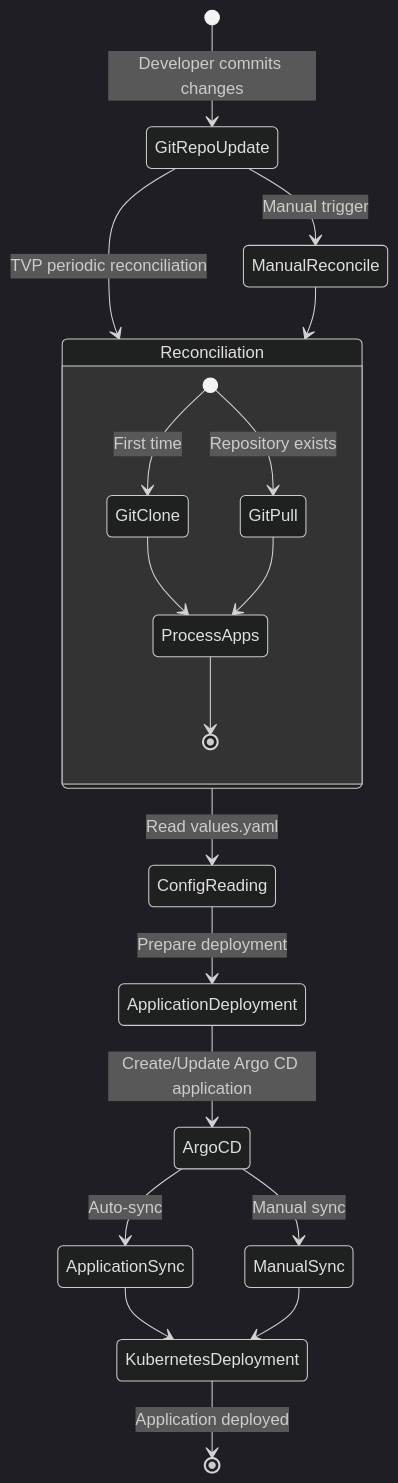
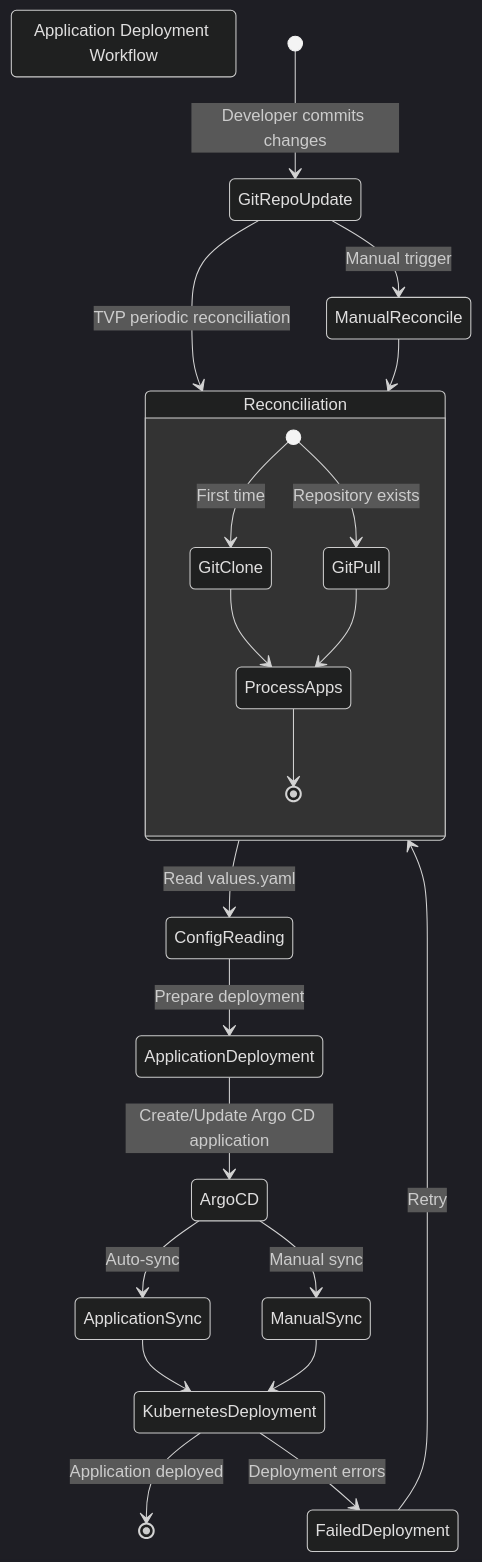
One commit to lloydchang/tvp-k8s changed the diagram in copilot/fastapi/mermaid/app-deployment-workflow.mermaid. Above: the diagram before and after it, drawn with Mermaid (dark theme).

```diff
--- a/copilot/fastapi/mermaid/app-deployment-workflow.mermaid
+++ b/copilot/fastapi/mermaid/app-deployment-workflow.mermaid
@@ -1,27 +1,30 @@
 stateDiagram-v2
+    title: Application Deployment Workflow
     [*] --> GitRepoUpdate: Developer commits changes
     
     GitRepoUpdate --> Reconciliation: TVP periodic reconciliation
     GitRepoUpdate --> ManualReconcile: Manual trigger
     
     ManualReconcile --> Reconciliation
     
     Reconciliation --> ConfigReading: Read values.yaml
     ConfigReading --> ApplicationDeployment: Prepare deployment
     ApplicationDeployment --> ArgoCD: Create/Update Argo CD application
     
     ArgoCD --> ApplicationSync: Auto-sync
     ArgoCD --> ManualSync: Manual sync
     
     ApplicationSync --> KubernetesDeployment
     ManualSync --> KubernetesDeployment
     
     KubernetesDeployment --> [*]: Application deployed
+    KubernetesDeployment --> FailedDeployment: Deployment errors
+    FailedDeployment --> Reconciliation: Retry
     
     state Reconciliation {
         [*] --> GitClone: First time
         [*] --> GitPull: Repository exists
         GitClone --> ProcessApps
         GitPull --> ProcessApps
         ProcessApps --> [*]
     }
```
